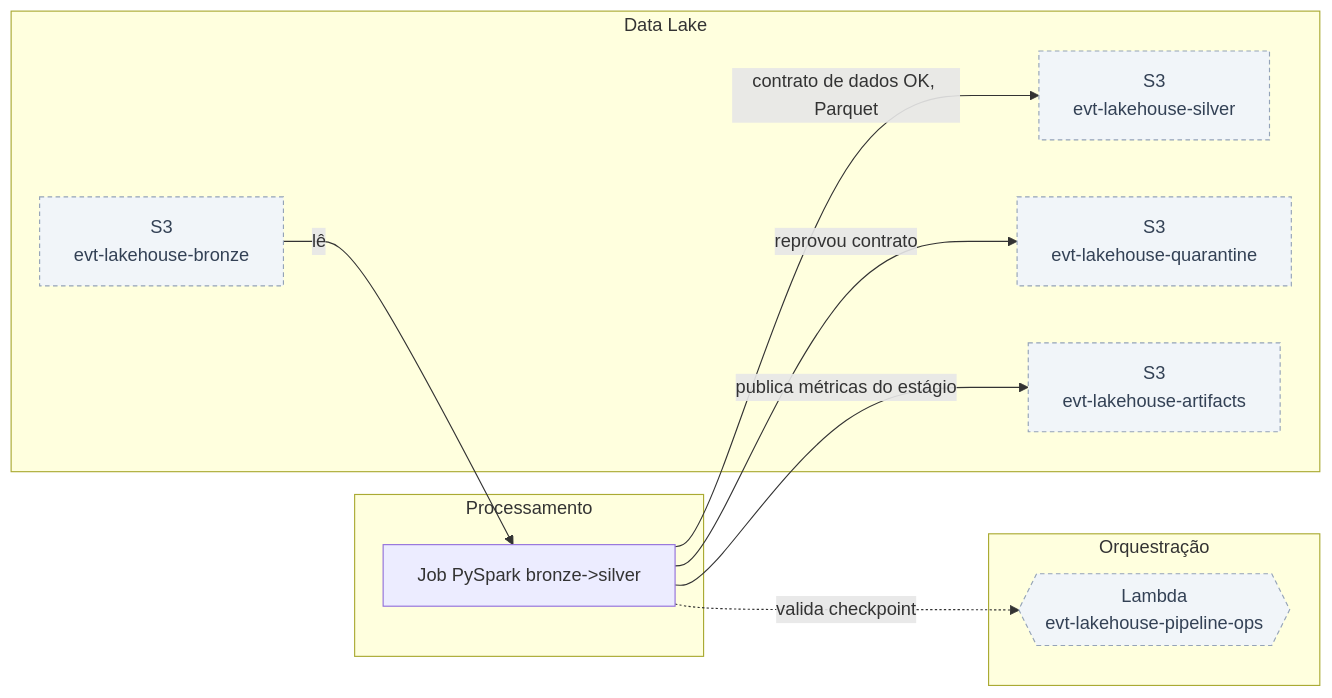
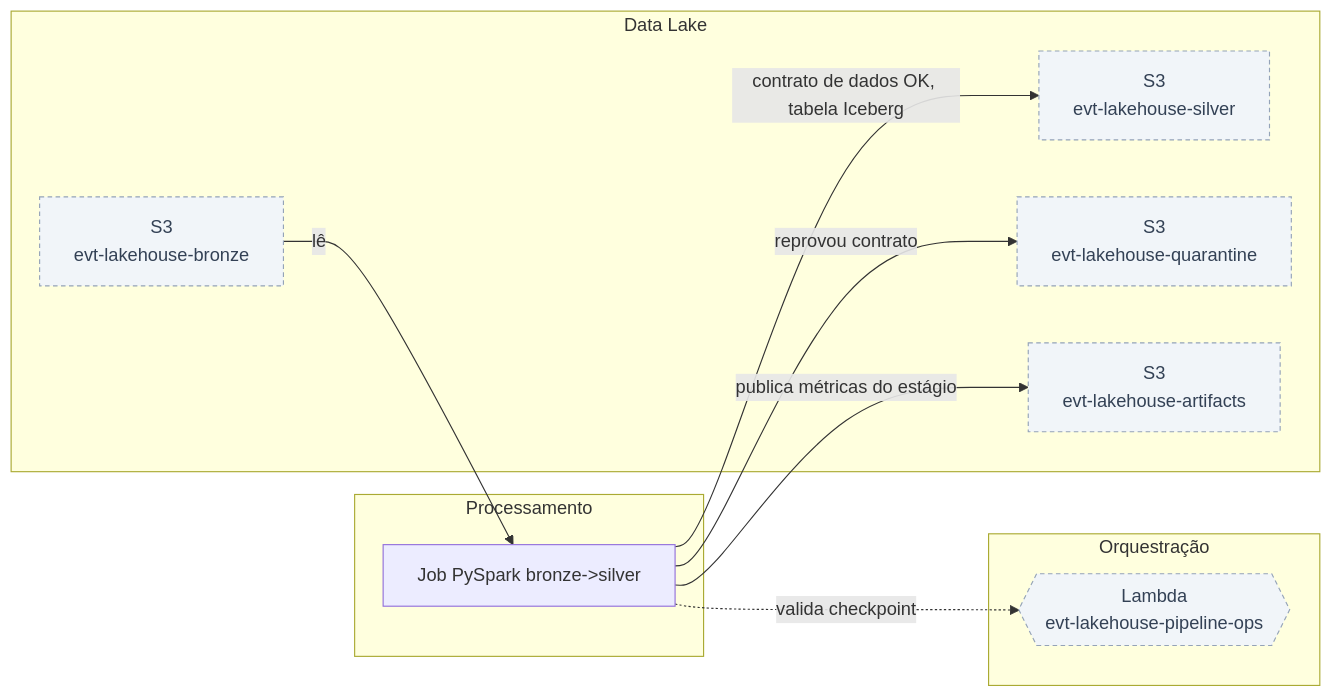
Before and after one commit to carlosr-data2/lakehouse-de-eventos-de-pagamento-com-contrato-de-dados: the fifth of 8 diagrams in docs/ARQUITETURA.md, drawn with Mermaid. The commit also changed other lines of this file and 18 other files, not shown here.

First line of the commit message:
Open Table Formats: silver em Iceberg, gold em Delta (ADR-010)

````diff
--- a/docs/ARQUITETURA.md
+++ b/docs/ARQUITETURA.md
@@ -178,26 +178,26 @@
 ```mermaid
 flowchart LR
     subgraph datalake["Data Lake"]
         bronze["S3<br/>evt-lakehouse-bronze"]
         silver["S3<br/>evt-lakehouse-silver"]
         quarantine["S3<br/>evt-lakehouse-quarantine"]
         artifacts["S3<br/>evt-lakehouse-artifacts"]
     end
 
     subgraph processamento["Processamento"]
         job1["Job PySpark bronze->silver"]
     end
 
     subgraph orquestracao["Orquestração"]
         ops{{"Lambda<br/>evt-lakehouse-pipeline-ops"}}
     end
 
     bronze -->|lê| job1
-    job1 -->|contrato de dados OK, Parquet| silver
+    job1 -->|contrato de dados OK, tabela Iceberg| silver
     job1 -->|reprovou contrato| quarantine
     job1 -->|publica métricas do estágio| artifacts
     job1 -.->|valida checkpoint| ops
     classDef novo fill:#dbeafe,stroke:#1d4ed8,stroke-width:2px,color:#1e3a5f
     classDef existente fill:#f1f5f9,stroke:#94a3b8,stroke-width:1px,stroke-dasharray:4 3,color:#334155
     class bronze,silver,quarantine,artifacts,ops existente
 ```
````
